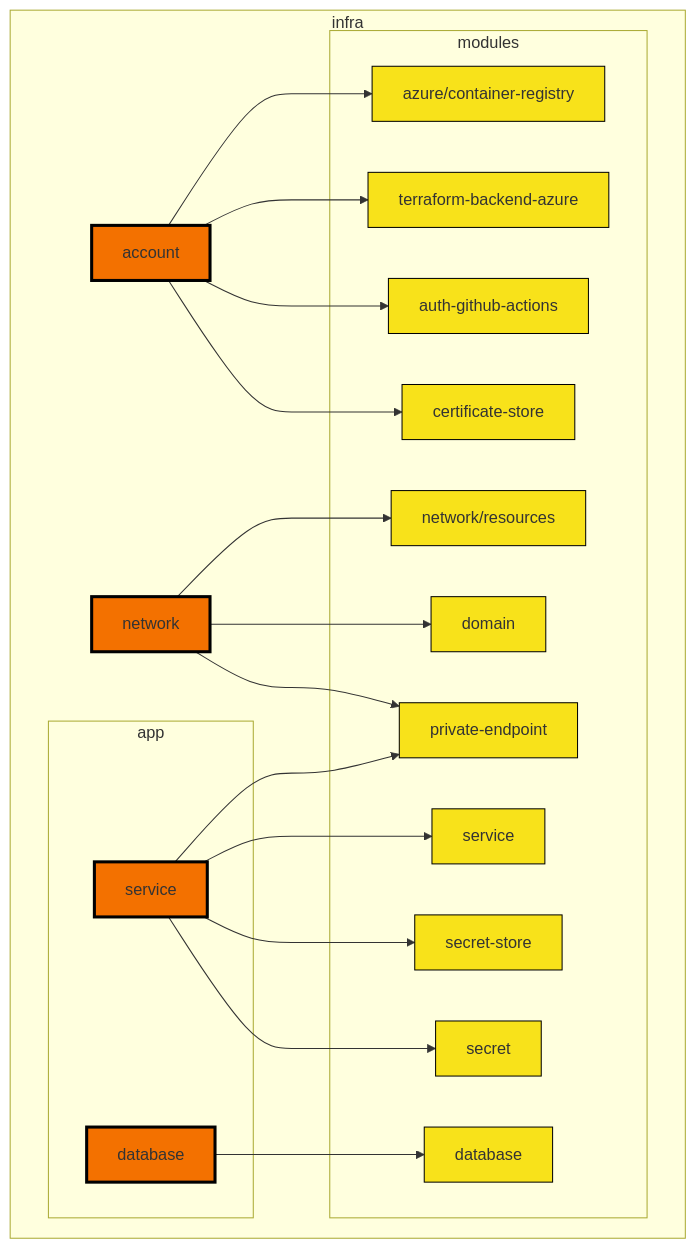
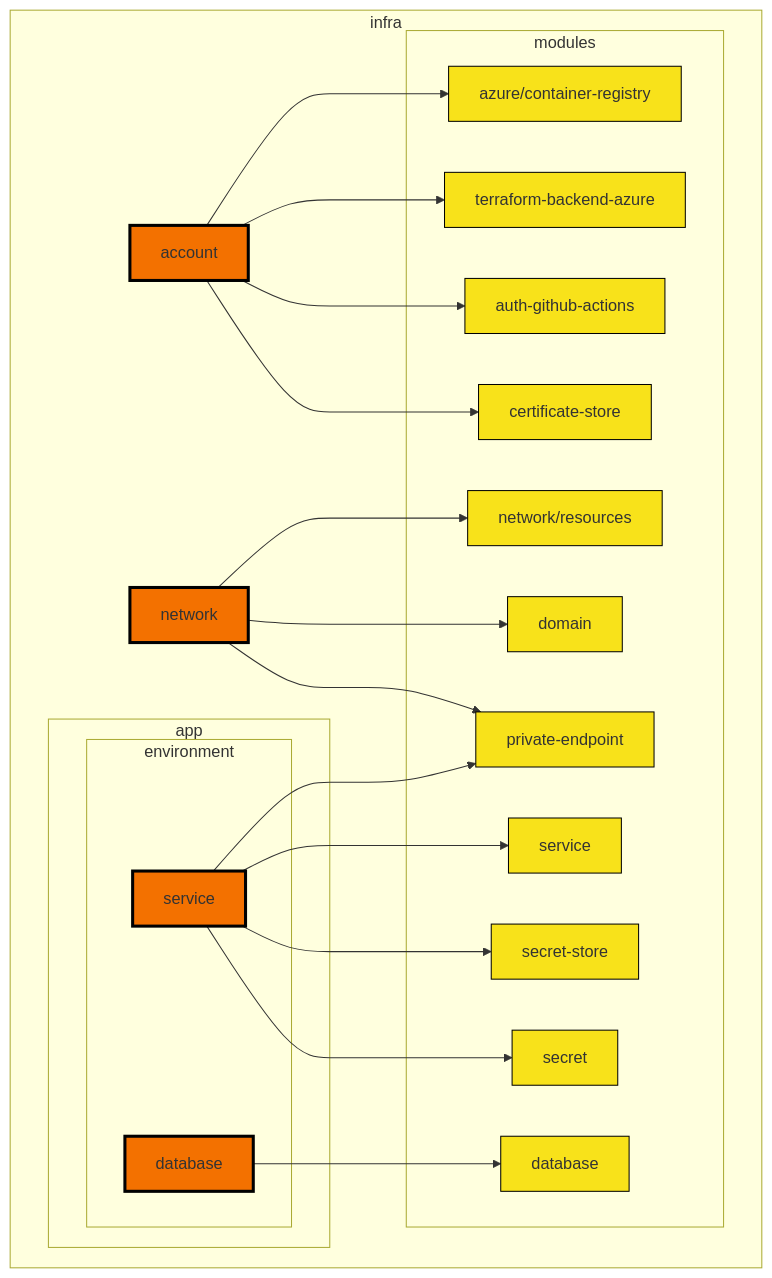
One commit to navapbc/template-infra-azure changed the first of 2 diagrams in docs/infra/module-architecture.md. Above: the diagram before and after it, drawn with Mermaid.

Commit message:
Misc doc updates

````diff
--- a/docs/infra/module-architecture.md
+++ b/docs/infra/module-architecture.md
@@ -27,45 +27,47 @@
 ```mermaid
 flowchart TB
 
   classDef default fill:#FFF,stroke:#000
   classDef root-module fill:#F37100,stroke-width:3,font-family:Arial
   classDef child-module fill:#F8E21A,font-family:Arial
 
   subgraph infra
     account:::root-module
     network:::root-module
 
     subgraph app
-      app/database[database]:::root-module
-      app/service[service]:::root-module
+      subgraph environment
+        app/database[database]:::root-module
+        app/service[service]:::root-module
+      end
     end
 
     subgraph modules
       azure/container-registry:::child-module
       terraform-backend-azure:::child-module
       auth-github-actions:::child-module
       network/resources:::child-module
       database:::child-module
       service:::child-module
       domain:::child-module
       private-endpoint:::child-module
       certificate-store:::child-module
       secret-store:::child-module
       secret:::child-module
     end
 
     account --> terraform-backend-azure
     account --> auth-github-actions
     account --> certificate-store
     account --> azure/container-registry
     network --> network/resources
     network --> domain
     network --> private-endpoint
     app/service --> service
     app/service --> secret-store
     app/service --> secret
     app/service --> private-endpoint
     app/database --> database
 
   end
 ```
````
